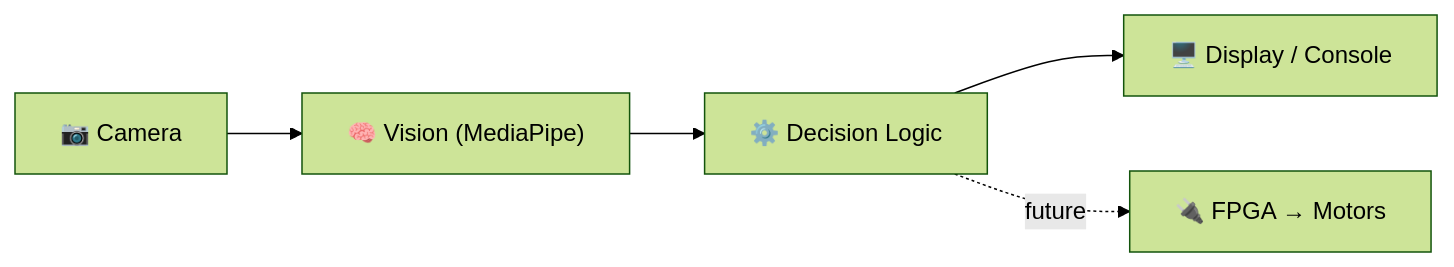
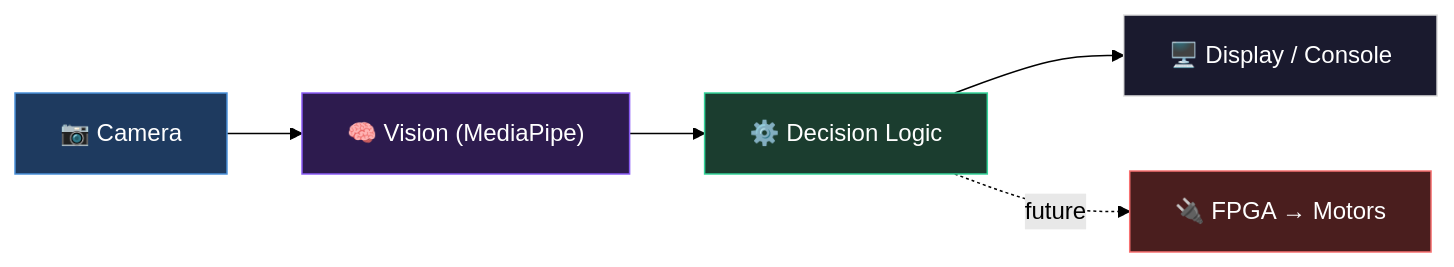
Before and after one commit to Major-Project-001/VIGIL-RQ: the first of 4 diagrams in README.md, drawn with Mermaid (forest theme). The commit also changed other lines of this file, not shown here.

Commit message:
Add consistent colorful styling to all Mermaid diagrams

````diff
--- a/README.md
+++ b/README.md
@@ -27,7 +27,13 @@
 ```mermaid
 flowchart LR
     A["📷 Camera"] --> B["🧠 Vision (MediaPipe)"]
     B --> C["⚙️ Decision Logic"]
     C --> D["🖥️ Display / Console"]
     C -.->|future| E["🔌 FPGA → Motors"]
+
+    style A fill:#1e3a5f,stroke:#4a90d9,color:#fff
+    style B fill:#2d1b4e,stroke:#8b5cf6,color:#fff
+    style C fill:#1b3d2f,stroke:#34d399,color:#fff
+    style D fill:#1a1a2e,stroke:#e0e0e0,color:#fff
+    style E fill:#4a1e1e,stroke:#f87171,color:#fff
 ```
````
